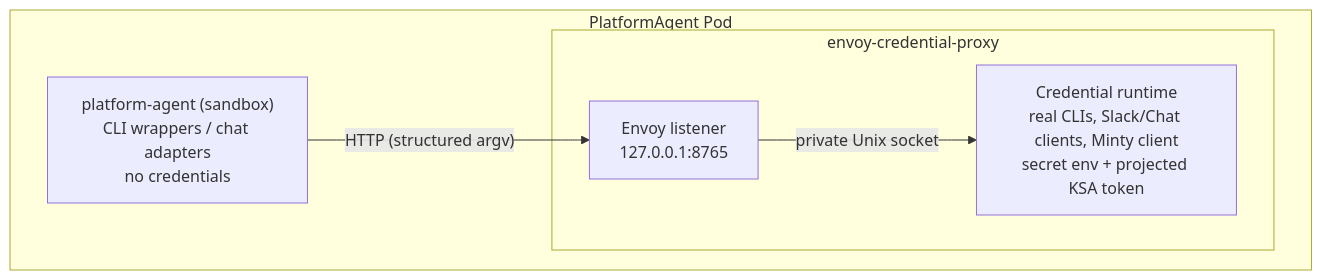
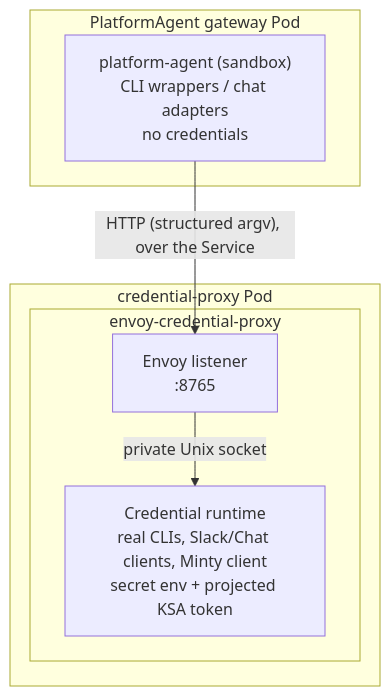
One commit to bradhoekstra/kube-agents changed the diagram in docs/site/src/content/docs/reference/credential-isolation.md. Above: the diagram before and after it, drawn with Mermaid. The commit also changed other lines of this file and 47 other files, not shown here.

First line of the commit message:
feat(sandbox): mirror the profile into the sandbox, move the credential proxy out of the pod

````diff
--- a/docs/site/src/content/docs/reference/credential-isolation.md
+++ b/docs/site/src/content/docs/reference/credential-isolation.md
@@ -23,12 +24,14 @@
 ```mermaid
 flowchart TB
-    subgraph Pod["PlatformAgent Pod"]
+    subgraph Pod["PlatformAgent gateway Pod"]
         SANDBOX["platform-agent (sandbox)<br/>CLI wrappers / chat adapters<br/>no credentials"]
+    end
+    subgraph ProxyPod["credential-proxy Pod"]
         subgraph SIDECAR["envoy-credential-proxy"]
-            ENVOY["Envoy listener<br/>127.0.0.1:8765"]
+            ENVOY["Envoy listener<br/>:8765"]
             RUNTIME["Credential runtime<br/>real CLIs, Slack/Chat clients, Minty client<br/>secret env + projected KSA token"]
         end
-        SANDBOX -->|"HTTP (structured argv)"| ENVOY
-        ENVOY -->|private Unix socket| RUNTIME
     end
+    SANDBOX -->|"HTTP (structured argv), over the Service"| ENVOY
+    ENVOY -->|private Unix socket| RUNTIME
 ```
````
